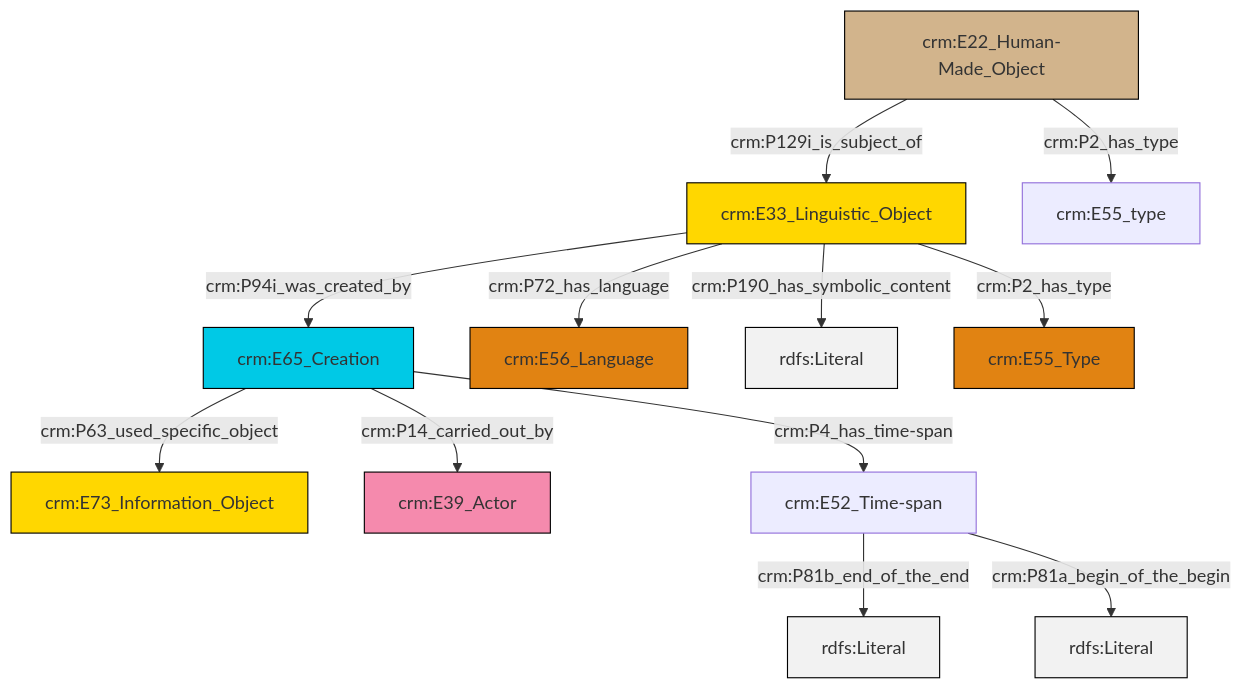
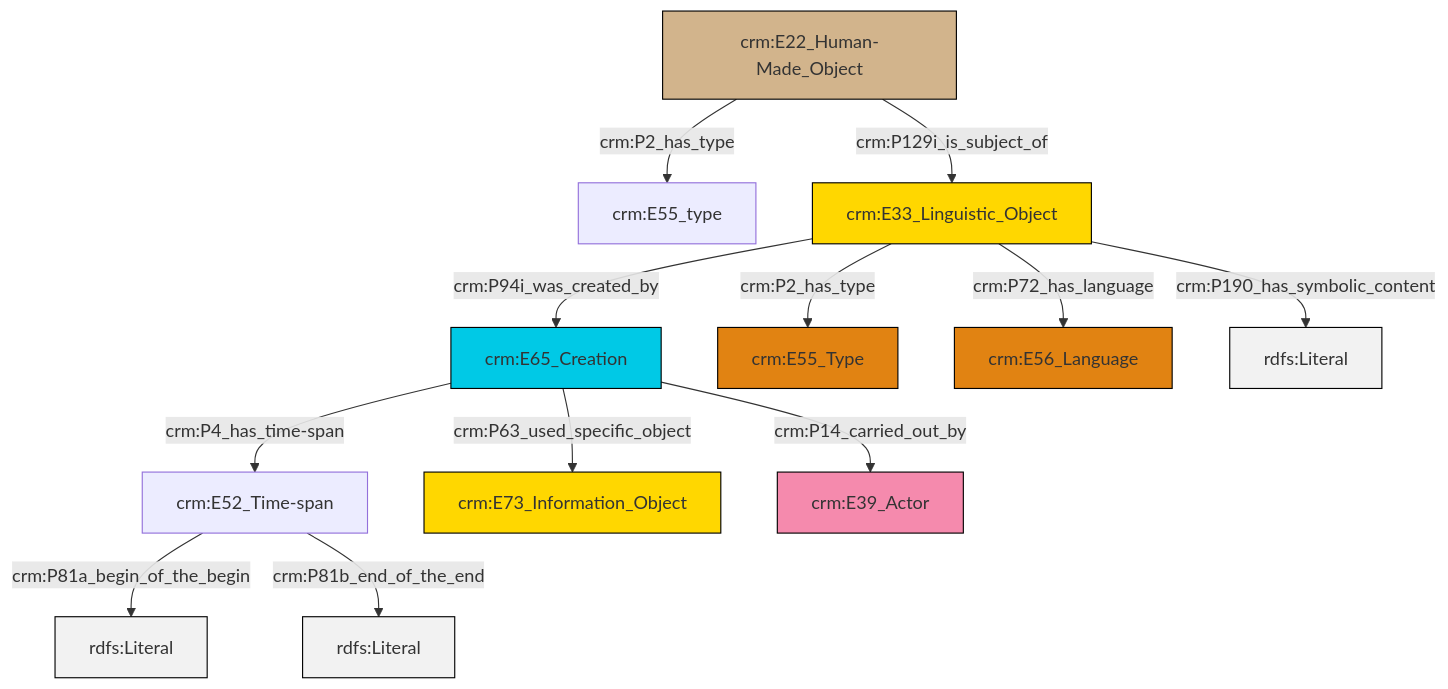
One commit to swiss-art-research-net/docs.swissartresearch changed the diagram in et/builtWorkCSV/ttl/mmd/Built_Work_description.ttl.mmd. Above: the diagram before and after it, drawn with Mermaid. The commit also changed 180 other files, not shown here.

```diff
--- a/et/builtWorkCSV/ttl/mmd/Built_Work_description.ttl.mmd
+++ b/et/builtWorkCSV/ttl/mmd/Built_Work_description.ttl.mmd
@@ -1,26 +1,26 @@
 graph TD
 classDef Literal fill:#f2f2f2,stroke:#000000;
 classDef CRM_Entity fill:#FFFFFF,stroke:#000000;
 classDef Temporal_Entity fill:#00C9E6, stroke:#000000;
 classDef Type fill:#E18312, stroke:#000000;
 classDef Time-Span fill:#2C9C91, stroke:#000000;
 classDef Appellation fill:#FFEB7F, stroke:#000000;
 classDef Place fill:#008836, stroke:#000000;
 classDef Persistent_Item fill:#B266B2, stroke:#000000;
 classDef Conceptual_Object fill:#FFD700, stroke:#000000;
 classDef Physical_Thing fill:#D2B48C, stroke:#000000;
 classDef Actor fill:#f58aad, stroke:#000000;
 classDef PC_Classes fill:#4ce600, stroke:#000000;
 classDef Multi fill:#cccccc,stroke:#000000;
 
-0["crm:E65_Creation"]:::Temporal_Entity -->|crm:P63_used_specific_object| 1["crm:E73_Information_Object"]:::Conceptual_Object
-0["crm:E65_Creation"]:::Temporal_Entity -->|crm:P14_carried_out_by| 2["crm:E39_Actor"]:::Actor
-0["crm:E65_Creation"]:::Temporal_Entity -->|crm:P4_has_time-span| 3["crm:E52_Time-span"]:::Default
-3["crm:E52_Time-span"]:::Default -->|crm:P81b_end_of_the_end| 10[rdfs:Literal]:::Literal
-11["crm:E22_Human-Made_Object"]:::Physical_Thing -->|crm:P2_has_type| 12["crm:E55_type"]:::Default
-6["crm:E33_Linguistic_Object"]:::Conceptual_Object -->|crm:P190_has_symbolic_content| 13[rdfs:Literal]:::Literal
-6["crm:E33_Linguistic_Object"]:::Conceptual_Object -->|crm:P94i_was_created_by| 0["crm:E65_Creation"]:::Temporal_Entity
-6["crm:E33_Linguistic_Object"]:::Conceptual_Object -->|crm:P72_has_language| 8["crm:E56_Language"]:::Type
-11["crm:E22_Human-Made_Object"]:::Physical_Thing -->|crm:P129i_is_subject_of| 6["crm:E33_Linguistic_Object"]:::Conceptual_Object
-3["crm:E52_Time-span"]:::Default -->|crm:P81a_begin_of_the_begin| 19[rdfs:Literal]:::Literal
-6["crm:E33_Linguistic_Object"]:::Conceptual_Object -->|crm:P2_has_type| 17["crm:E55_Type"]:::Type
+0["crm:E52_Time-span"]:::Default -->|crm:P81a_begin_of_the_begin| 4[rdfs:Literal]:::Literal
+7["crm:E33_Linguistic_Object"]:::Conceptual_Object -->|crm:P2_has_type| 8["crm:E55_Type"]:::Type
+2["crm:E65_Creation"]:::Temporal_Entity -->|crm:P4_has_time-span| 0["crm:E52_Time-span"]:::Default
+2["crm:E65_Creation"]:::Temporal_Entity -->|crm:P63_used_specific_object| 11["crm:E73_Information_Object"]:::Conceptual_Object
+9["crm:E22_Human-Made_Object"]:::Physical_Thing -->|crm:P2_has_type| 5["crm:E55_type"]:::Default
+2["crm:E65_Creation"]:::Temporal_Entity -->|crm:P14_carried_out_by| 12["crm:E39_Actor"]:::Actor
+7["crm:E33_Linguistic_Object"]:::Conceptual_Object -->|crm:P190_has_symbolic_content| 17[rdfs:Literal]:::Literal
+0["crm:E52_Time-span"]:::Default -->|crm:P81b_end_of_the_end| 18[rdfs:Literal]:::Literal
+9["crm:E22_Human-Made_Object"]:::Physical_Thing -->|crm:P129i_is_subject_of| 7["crm:E33_Linguistic_Object"]:::Conceptual_Object
+7["crm:E33_Linguistic_Object"]:::Conceptual_Object -->|crm:P72_has_language| 14["crm:E56_Language"]:::Type
+7["crm:E33_Linguistic_Object"]:::Conceptual_Object -->|crm:P94i_was_created_by| 2["crm:E65_Creation"]:::Temporal_Entity
```
